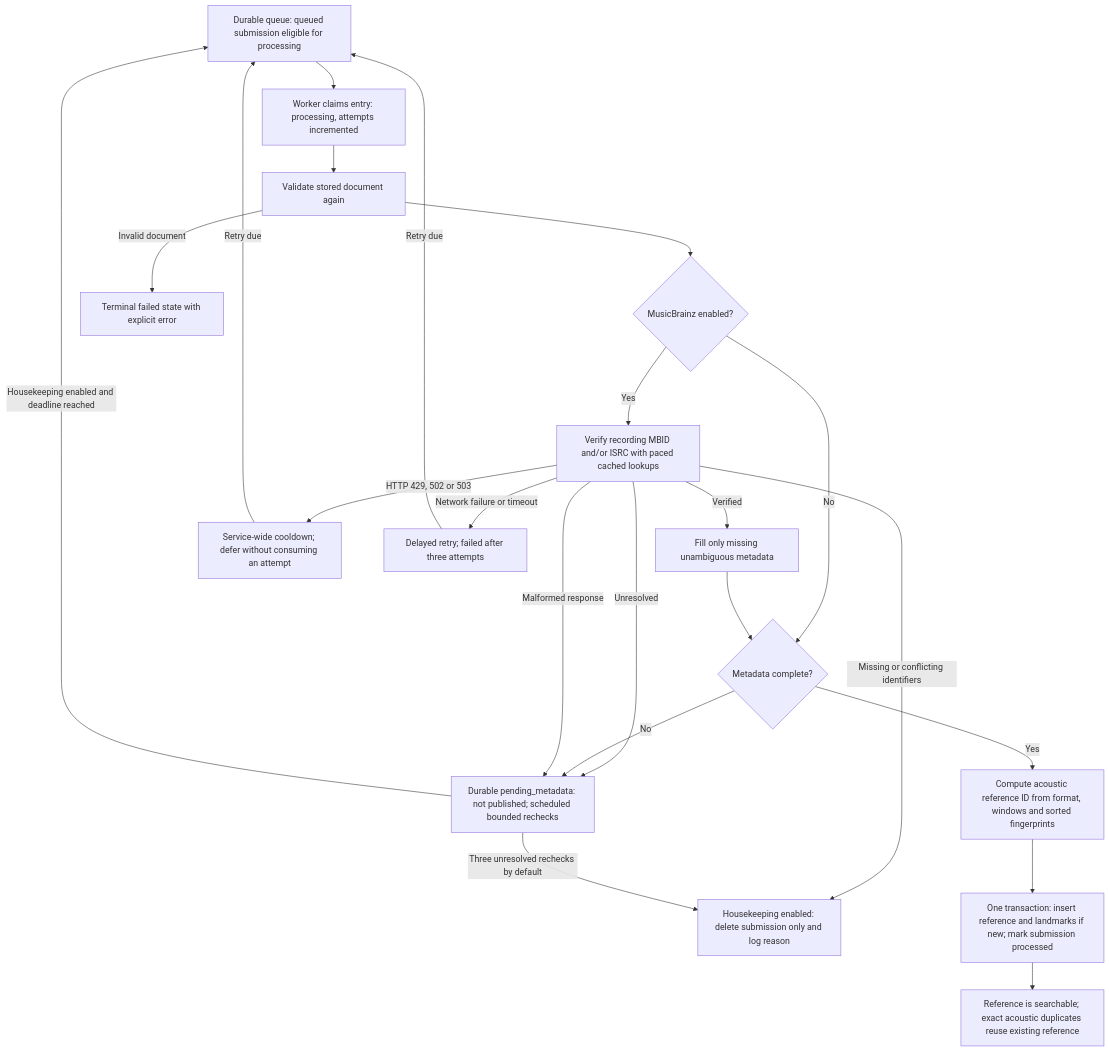
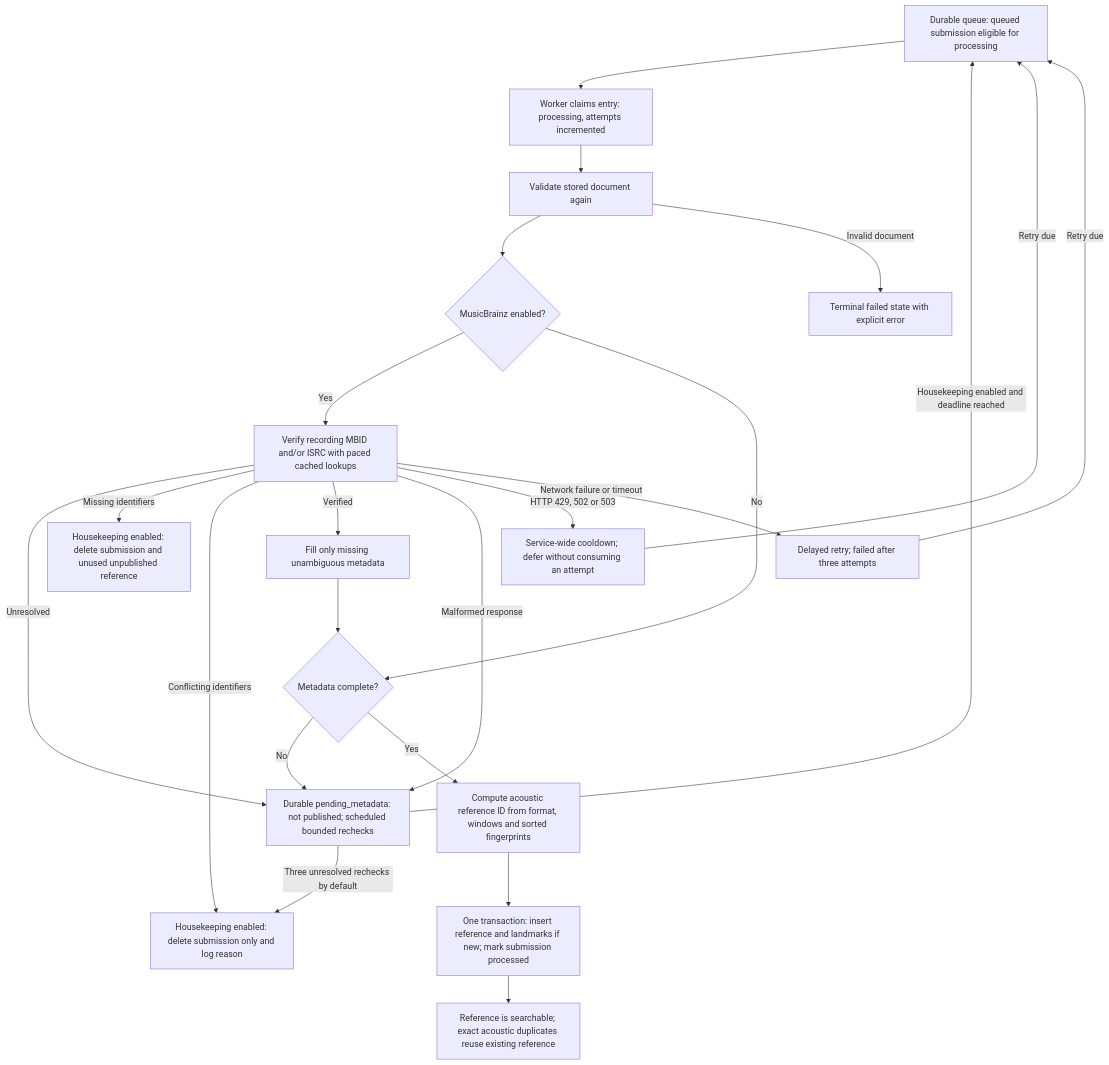
Before and after one commit to dmoo500/audio-fingerprint-server: the second of 4 diagrams in docs/architecture.md, drawn with Mermaid. The commit also changed 10 other files, not shown here.

````diff
--- a/docs/architecture.md
+++ b/docs/architecture.md
@@ -29,24 +29,25 @@
 ```mermaid
 flowchart TD
     A["Durable queue: queued submission eligible for processing"] --> B["Worker claims entry: processing, attempts incremented"]
     B --> C["Validate stored document again"]
     C --> D{"MusicBrainz enabled?"}
     D -->|Yes| E["Verify recording MBID and/or ISRC with paced cached lookups"]
     E -->|Unresolved| M["Durable pending_metadata: not published; scheduled bounded rechecks"]
-    E -->|Missing or conflicting identifiers| O["Housekeeping enabled: delete submission only and log reason"]
+    E -->|Missing identifiers| P["Housekeeping enabled: delete submission and unused unpublished reference"]
+    E -->|Conflicting identifiers| O["Housekeeping enabled: delete submission only and log reason"]
     M -->|Housekeeping enabled and deadline reached| A
     M -->|Three unresolved rechecks by default| O
     E -->|Verified| F["Fill only missing unambiguous metadata"]
     D -->|No| L{"Metadata complete?"}
     F --> L
     L -->|No| M
     L -->|Yes| G["Compute acoustic reference ID from format, windows and sorted fingerprints"]
     G --> H["One transaction: insert reference and landmarks if new; mark submission processed"]
     H --> I["Reference is searchable; exact acoustic duplicates reuse existing reference"]
     C -->|Invalid document| J["Terminal failed state with explicit error"]
     E -->|Malformed response| M
     E -->|HTTP 429, 502 or 503| N["Service-wide cooldown; defer without consuming an attempt"]
     N -->|Retry due| A
     E -->|Network failure or timeout| K["Delayed retry; failed after three attempts"]
     K -->|Retry due| A
 ```
````
